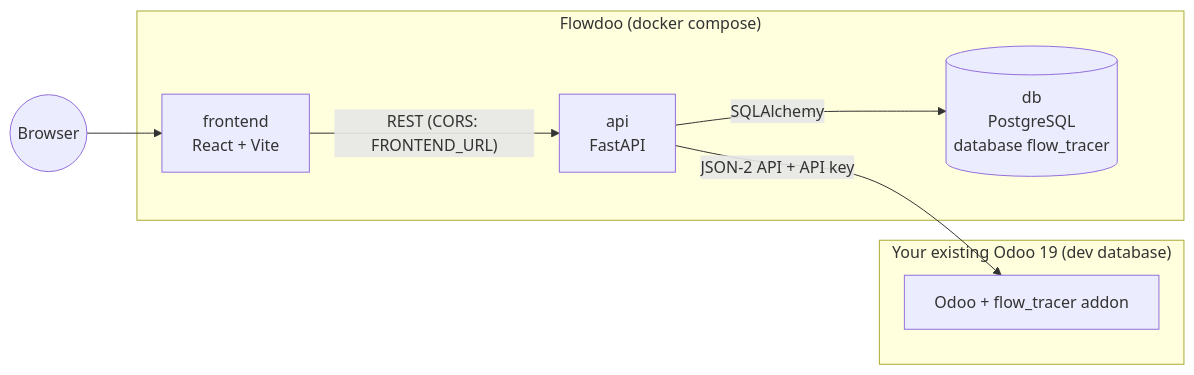
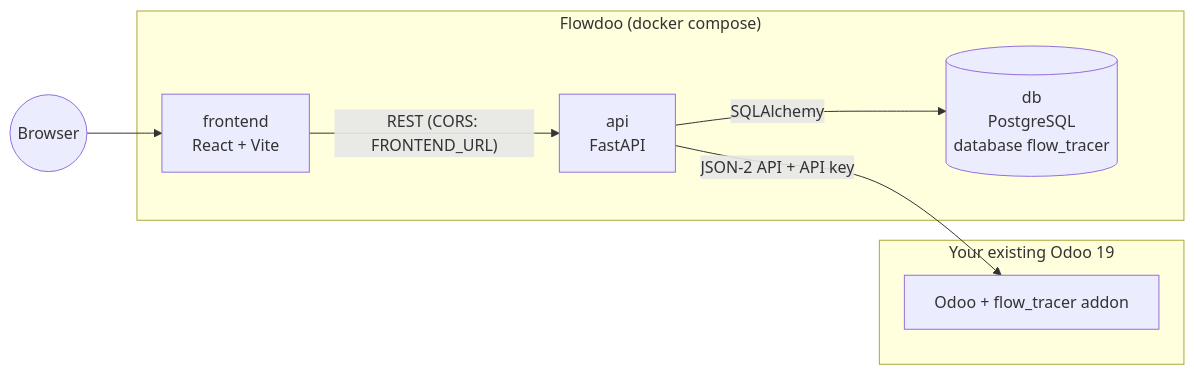
Before and after one commit to jason-wilmanowski/flowdoo: the first of 3 diagrams in README.md, drawn with Mermaid. The commit also changed other lines of this file, not shown here.

````diff
--- a/README.md
+++ b/README.md
@@ -34,15 +34,15 @@
 ```mermaid
 flowchart LR
     subgraph flowdoo["Flowdoo (docker compose)"]
         FE["frontend<br/>React + Vite"]
         API["api<br/>FastAPI"]
         DB[("db<br/>PostgreSQL<br/>database flow_tracer")]
     end
-    subgraph yours["Your existing Odoo 19 (dev database)"]
+    subgraph yours["Your existing Odoo 19"]
         ODOO["Odoo + flow_tracer addon"]
     end
     Browser((Browser)) --> FE
     FE -- "REST (CORS: FRONTEND_URL)" --> API
     API -- "SQLAlchemy" --> DB
     API -- "JSON-2 API + API key" --> ODOO
 ```
````
